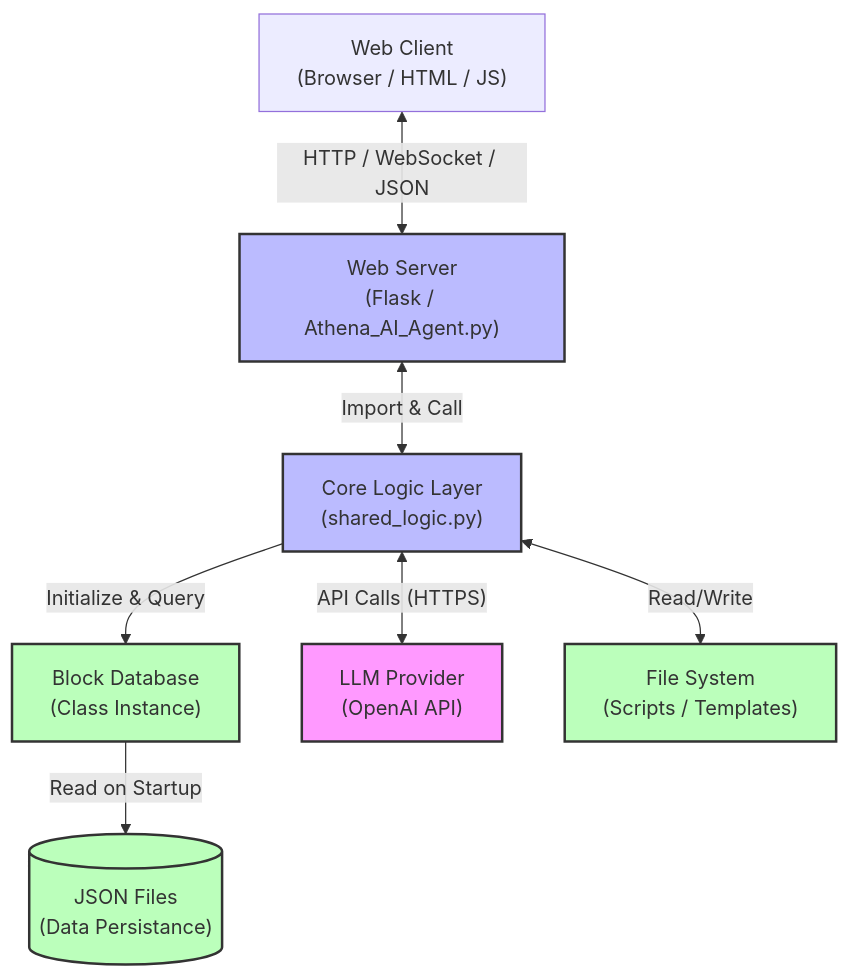
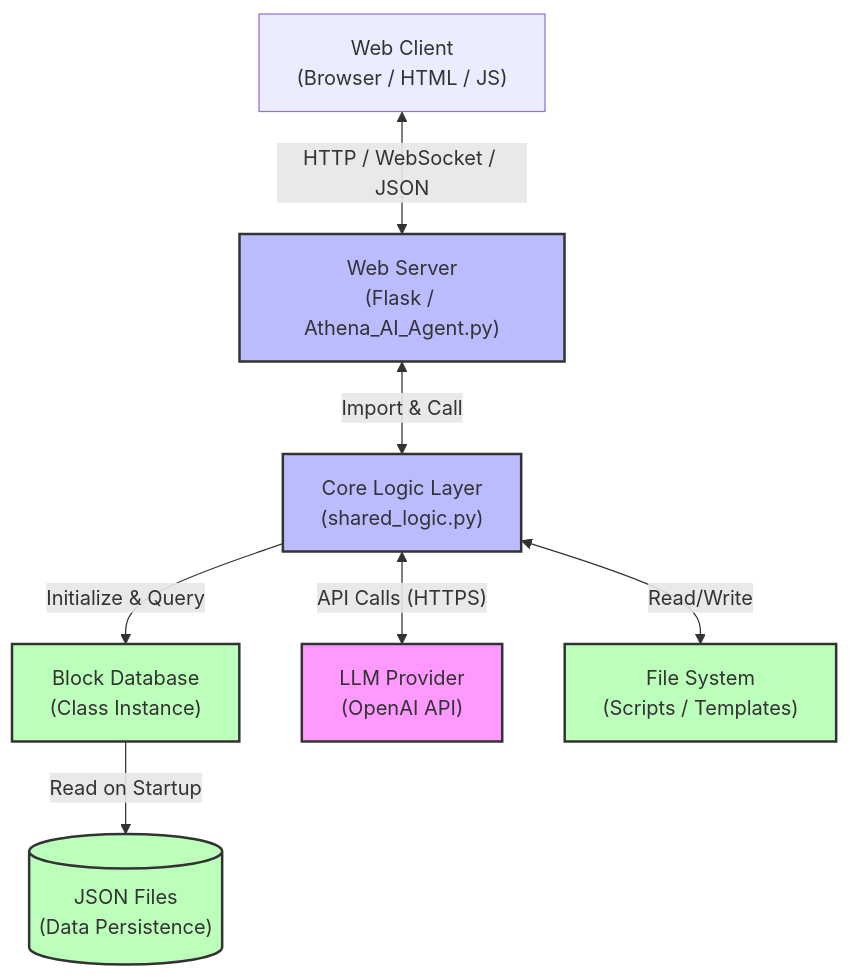
Before and after one commit to Usman-Kharal/-Athena-Dlubal-RFEM-6: the diagram in README.md, drawn with Mermaid. The commit also changed 1 other file, not shown here.

Commit message:
Polish: Fix documentation typo and sanitize config template

````diff
--- a/README.md
+++ b/README.md
@@ -120,25 +120,25 @@
  ```mermaid
  graph TD
      Client["Web Client<br/>(Browser / HTML / JS)"]
      WebServer["Web Server<br/>(Flask / Athena_AI_Agent.py)"]
      CoreLogic["Core Logic Layer<br/>(shared_logic.py)"]
      DB["Block Database<br/>(Class Instance)"]
-     JSONStore[("JSON Files<br/>(Data Persistance)")]
+     JSONStore[("JSON Files<br/>(Data Persistence)")]
      LLM["LLM Provider<br/>(OpenAI API)"]
      FileSystem["File System<br/>(Scripts / Templates)"]
  
      Client <-->|HTTP / WebSocket / JSON| WebServer
      WebServer <-->|"Import & Call"| CoreLogic
      CoreLogic -->|"Initialize & Query"| DB
      DB -->|"Read on Startup"| JSONStore
      CoreLogic <-->|"API Calls (HTTPS)"| LLM
      CoreLogic <-->|"Read/Write"| FileSystem
      
      classDef app fill:#bbf,stroke:#333,stroke-width:2px;
      classDef db fill:#bfb,stroke:#333,stroke-width:2px;
      classDef external fill:#f9f,stroke:#333,stroke-width:2px;
      
      class WebServer,CoreLogic app;
      class DB,JSONStore,FileSystem db;
      class LLM external;
  ```
````
